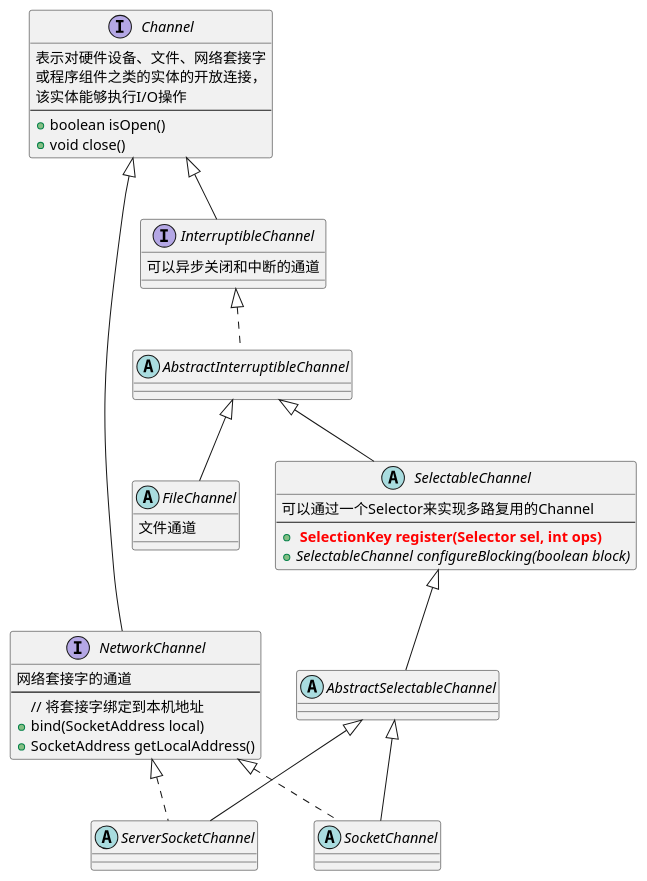
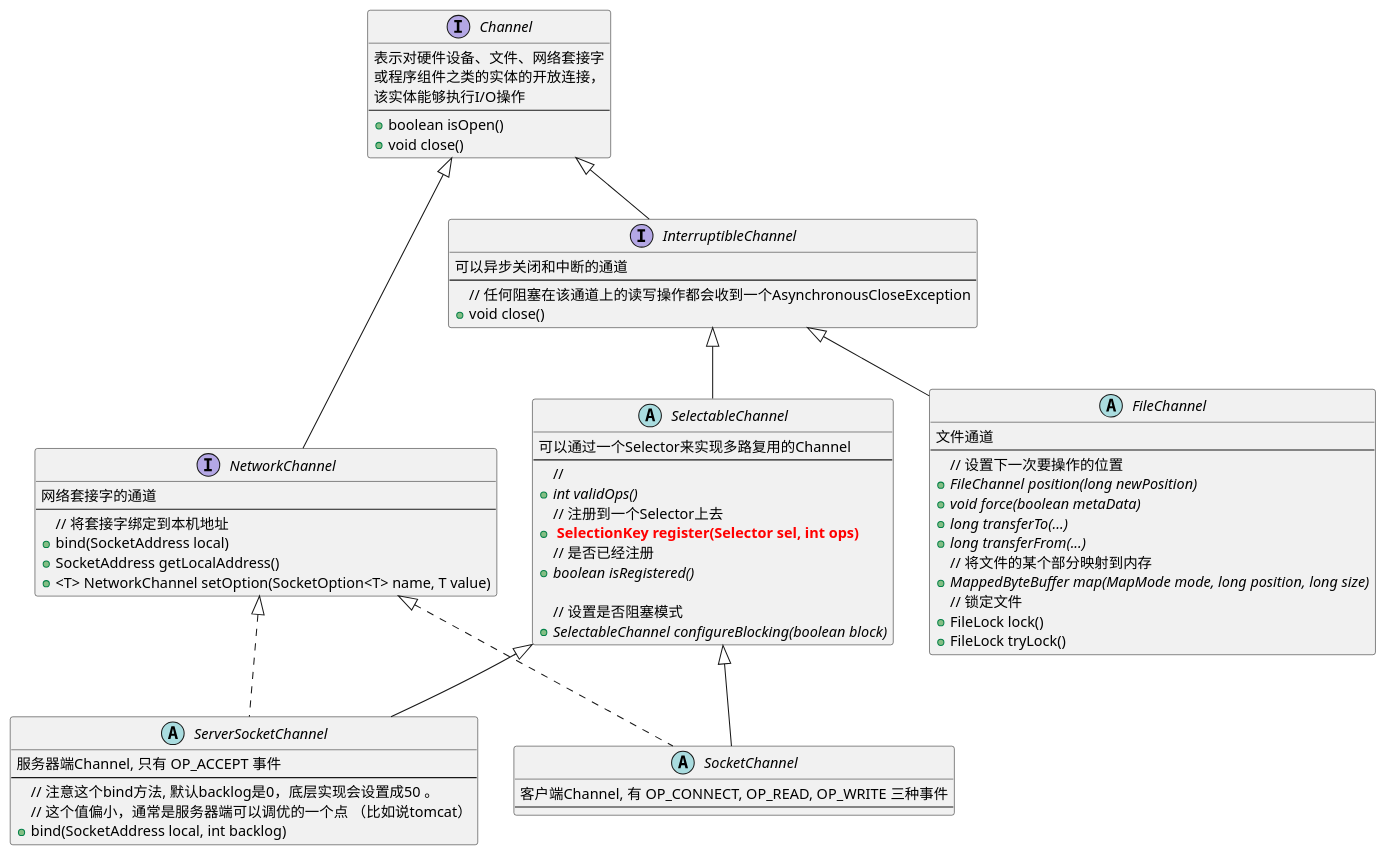
The diagram in javase/nio/notes/Channel继承结构.puml (zouxiang1993/learning), drawn with PlantUML before and after one commit.

Commit message:
nio channel

```diff
--- a/javase/nio/notes/Channel继承结构.puml
+++ b/javase/nio/notes/Channel继承结构.puml
@@ -1,43 +1,71 @@
 @startuml
 
 interface Channel {
     表示对硬件设备、文件、网络套接字
     或程序组件之类的实体的开放连接，
     该实体能够执行I/O操作
     ---
     +boolean isOpen()
     +void close()
 }
 
 interface InterruptibleChannel extends Channel{
     可以异步关闭和中断的通道
+    ---
+    // 任何阻塞在该通道上的读写操作都会收到一个AsynchronousCloseException
+    +void close()
 }
 
-abstract class AbstractInterruptibleChannel implements InterruptibleChannel
-
-abstract class SelectableChannel extends AbstractInterruptibleChannel{
+abstract class SelectableChannel extends InterruptibleChannel{
     可以通过一个Selector来实现多路复用的Channel
     ---
+    //
+    +{abstract} int validOps()
+    // 注册到一个Selector上去
     +<font color="red"><b> SelectionKey register(Selector sel, int ops)
+    // 是否已经注册
+    +{abstract} boolean isRegistered()
+
+    // 设置是否阻塞模式
     +{abstract} SelectableChannel configureBlocking(boolean block)
 }
 
 interface NetworkChannel extends Channel{
     网络套接字的通道
     ---
     // 将套接字绑定到本机地址
     +bind(SocketAddress local)
     +SocketAddress getLocalAddress()
+    +<T> NetworkChannel setOption(SocketOption<T> name, T value)
 }
 
-abstract class ServerSocketChannel extends AbstractSelectableChannel implements NetworkChannel
+abstract class ServerSocketChannel extends SelectableChannel implements NetworkChannel {
+    服务器端Channel, 只有 OP_ACCEPT 事件
+    ---
+    // 注意这个bind方法, 默认backlog是0，底层实现会设置成50 。
+    // 这个值偏小，通常是服务器端可以调优的一个点 （比如说tomcat）
+    +bind(SocketAddress local, int backlog)
+}
 
-abstract class AbstractSelectableChannel extends SelectableChannel
 
-abstract class SocketChannel extends AbstractSelectableChannel implements NetworkChannel
+abstract class SocketChannel extends SelectableChannel implements NetworkChannel {
+    客户端Channel, 有 OP_CONNECT, OP_READ, OP_WRITE 三种事件
+    ---
+}
 
-abstract class FileChannel extends AbstractInterruptibleChannel{
+abstract class FileChannel extends InterruptibleChannel{
     文件通道
+    ---
+    // 设置下一次要操作的位置
+    +{abstract} FileChannel position(long newPosition)
+    +{abstract} void force(boolean metaData)
+    +{abstract} long transferTo(...)
+    +{abstract} long transferFrom(...)
+    // 将文件的某个部分映射到内存
+    +{abstract} MappedByteBuffer map(MapMode mode, long position, long size)
+    // 锁定文件
+    +FileLock lock()
+    +FileLock tryLock()
 }
 
 @enduml
```
